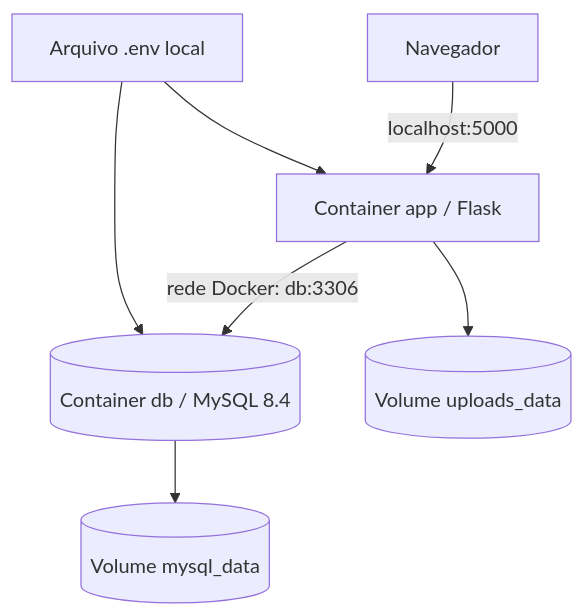
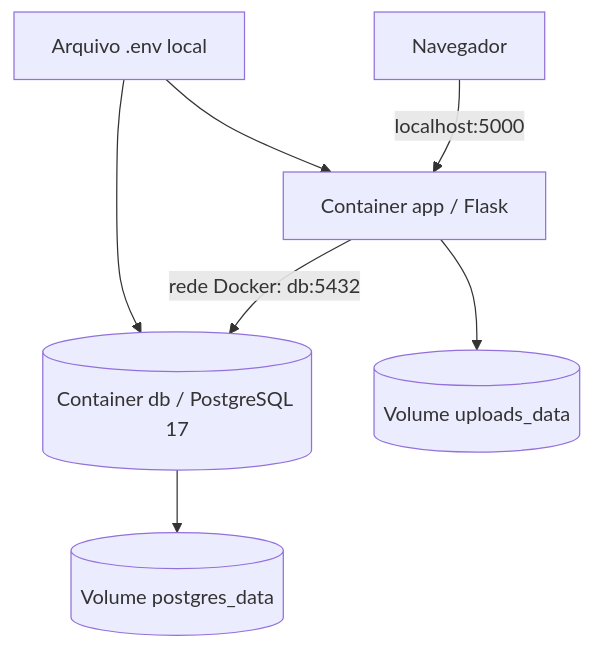
The third of 3 diagrams in Documentos/arquitetura/ARQUITETURA.md (robertoqimin/edufast-2.0), drawn with Mermaid before and after one commit. The commit also changed other lines of this file and 361 other files, not shown here.

````diff
--- a/Documentos/arquitetura/ARQUITETURA.md
+++ b/Documentos/arquitetura/ARQUITETURA.md
@@ -91,9 +91,9 @@
 ```mermaid
 flowchart TB
     Browser[Navegador] -->|localhost:5000| App[Container app / Flask]
-    App -->|rede Docker: db:3306| DB[(Container db / MySQL 8.4)]
+    App -->|rede Docker: db:5432| DB[(Container db / PostgreSQL 17)]
     App --> Upload[(Volume uploads_data)]
-    DB --> Volume[(Volume mysql_data)]
+    DB --> Volume[(Volume postgres_data)]
     Env[Arquivo .env local] --> App
     Env --> DB
 ```
````
